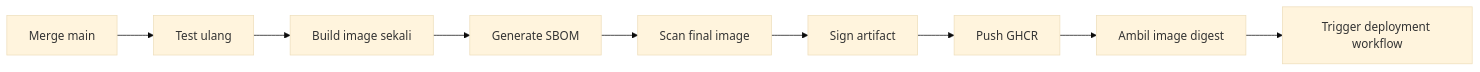
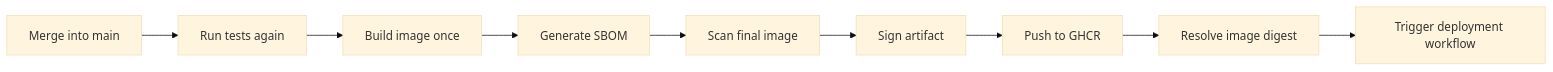
The fourth of 5 diagrams in docs/pipeline-architecture.md (rombay-tbk/rombay), drawn with Mermaid (base theme) before and after one commit. The commit also changed other lines of this file and 1 other file, not shown here.

Commit message:
docs: translate pipeline architecture to English

````diff
--- a/docs/pipeline-architecture.md
+++ b/docs/pipeline-architecture.md
@@ -181,11 +181,11 @@
 ```mermaid
-flowchart LR
-  MERGE["Merge main"] --> TEST["Test ulang"]
-  TEST --> BUILD["Build image sekali"]
-  BUILD --> SBOM["Generate SBOM"]
-  SBOM --> SCAN["Scan final image"]
-  SCAN --> SIGN["Sign artifact"]
-  SIGN --> PUSH["Push GHCR"]
-  PUSH --> DIGEST["Ambil image digest"]
-  DIGEST --> DEPLOY["Trigger deployment workflow"]
+graph LR
+  n1["Merge into main"] --> n2["Run tests again"]
+  n2 --> n3["Build image once"]
+  n3 --> n4["Generate SBOM"]
+  n4 --> n5["Scan final image"]
+  n5 --> n6["Sign artifact"]
+  n6 --> n7["Push to GHCR"]
+  n7 --> n8["Resolve image digest"]
+  n8 --> n9["Trigger deployment workflow"]
 ```
````
